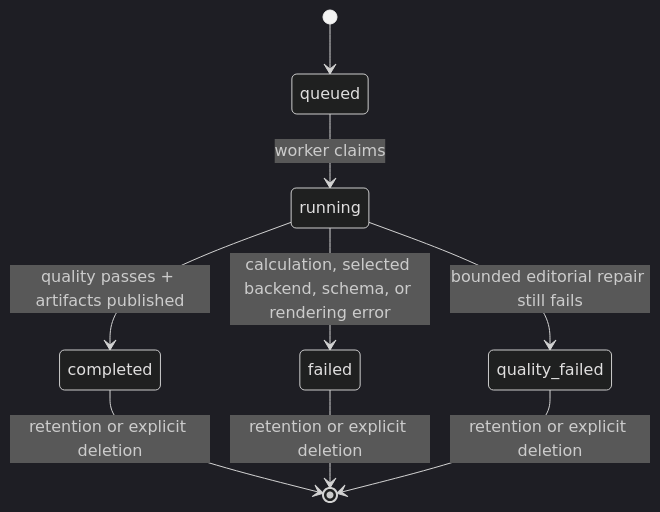
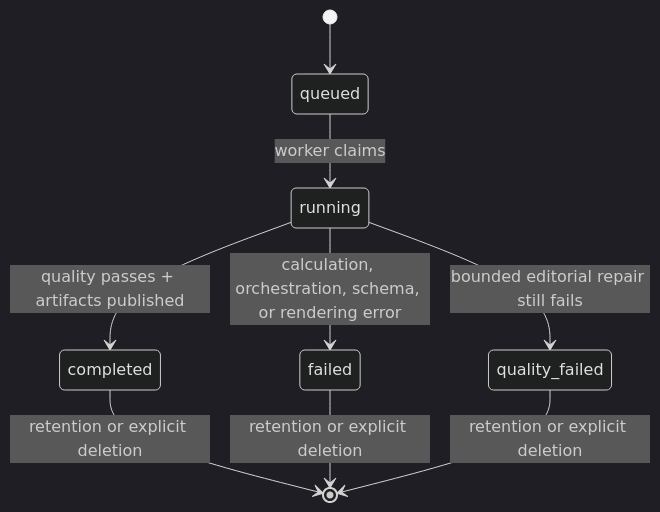
The seventh of 7 diagrams in docs/uml/architecture.md (ContextualWisdomLab/four-pillars), drawn with Mermaid (dark theme) before and after one commit. The commit also changed other lines of this file, not shown here.

Commit message:
docs(uml): show orchestration ACL as the only product LLM path

````diff
--- a/docs/uml/architecture.md
+++ b/docs/uml/architecture.md
@@ -178,11 +161,11 @@
 ```mermaid
 stateDiagram-v2
   [*] --> queued
   queued --> running: worker claims
   running --> completed: quality passes + artifacts published
-  running --> failed: calculation, selected backend, schema, or rendering error
+  running --> failed: calculation, orchestration, schema, or rendering error
   running --> quality_failed: bounded editorial repair still fails
   completed --> [*]: retention or explicit deletion
   failed --> [*]: retention or explicit deletion
   quality_failed --> [*]: retention or explicit deletion
 ```
````
